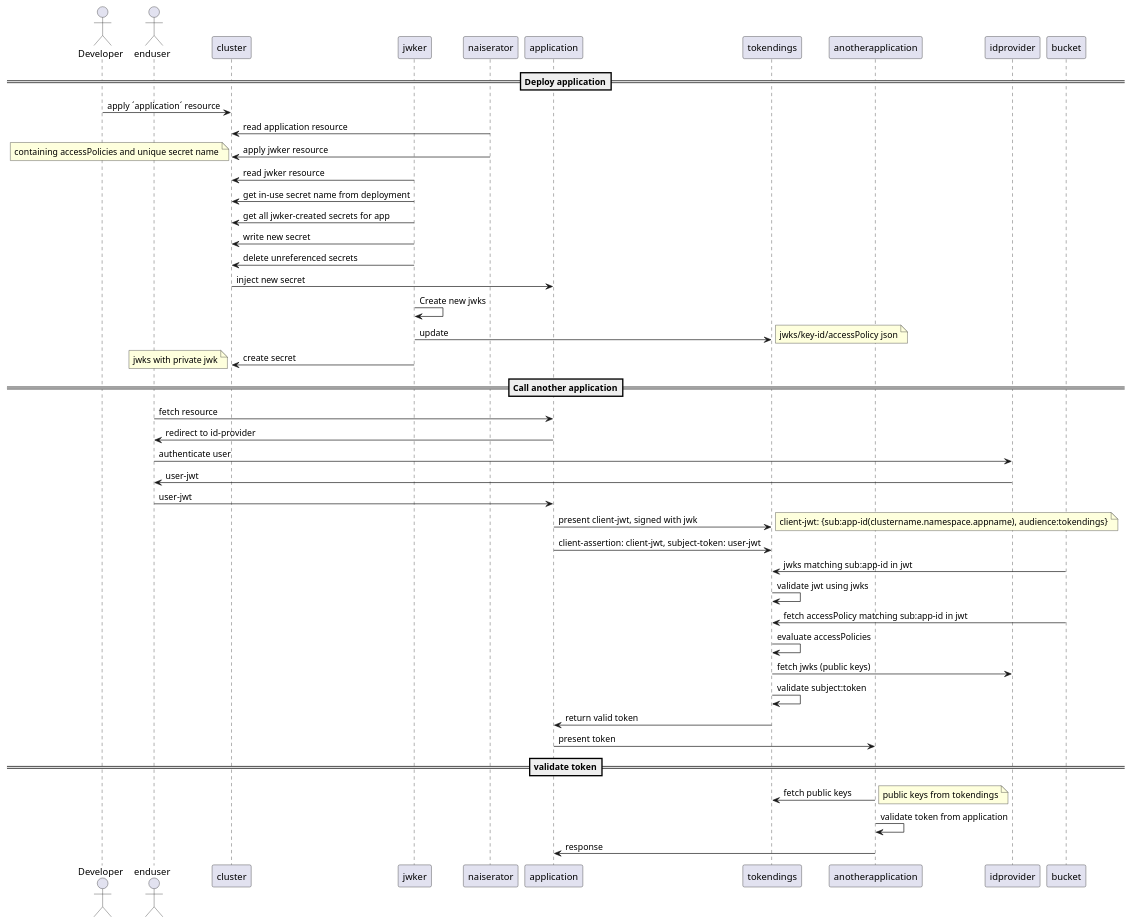
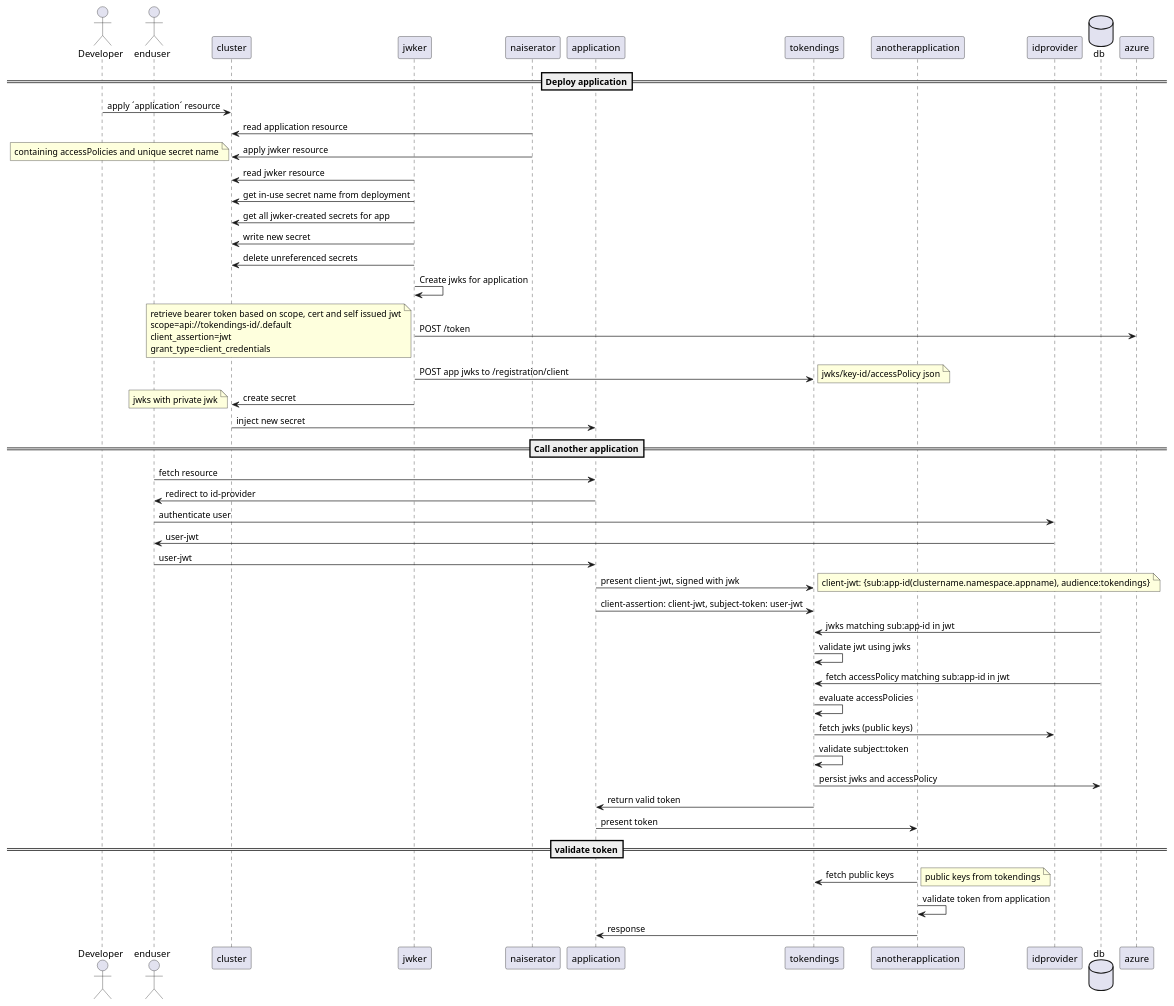
One commit to nais/jwker changed the diagram in doc/sequence.puml. Above: the diagram before and after it, drawn with PlantUML.

Commit message:
new sequence diagram

```diff
--- a/doc/sequence.puml
+++ b/doc/sequence.puml
@@ -1,54 +1,58 @@
 @startuml component
 
 actor developer as "Developer"
 actor enduser as enduser
 participant cluster as "cluster"
 participant jwker as "jwker"
 participant naiserator as "naiserator"
 participant application as "application"
 participant tokendings as "tokendings"
 participant anotherapplication as "anotherapplication"
 participant idprovider as "idprovider"
+database db
 
 ==Deploy application==
 developer -> cluster: apply ´application´ resource
 cluster <- naiserator: read application resource
 cluster <- naiserator: apply jwker resource
 note left: containing accessPolicies and unique secret name
 jwker -> cluster: read jwker resource
 jwker -> cluster: get in-use secret name from deployment
 jwker -> cluster: get all jwker-created secrets for app
 jwker -> cluster: write new secret
 jwker -> cluster: delete unreferenced secrets
-cluster -> application: inject new secret
-jwker -> jwker: Create new jwks
-jwker -> tokendings: update
+jwker -> jwker: Create jwks for application
+jwker ->azure: POST /token
+note left: retrieve bearer token based on scope, cert and self issued jwt\nscope=api://tokendings-id/.default\nclient_assertion=jwt\ngrant_type=client_credentials
+jwker -> tokendings: POST app jwks to /registration/client
 note right: jwks/key-id/accessPolicy json
 jwker -> cluster: create secret
 note left: jwks with private jwk
+cluster -> application: inject new secret
 
 ==Call another application==
 enduser -> application: fetch resource
 application -> enduser: redirect to id-provider
 enduser -> idprovider: authenticate user
 idprovider -> enduser: user-jwt
 enduser -> application: user-jwt
 application -> tokendings: present client-jwt, signed with jwk
 note right: client-jwt: {sub:app-id(clustername.namespace.appname), audience:tokendings}
 application -> tokendings: client-assertion: client-jwt, subject-token: user-jwt
-tokendings <- bucket: jwks matching sub:app-id in jwt
+tokendings <- db: jwks matching sub:app-id in jwt
 tokendings -> tokendings: validate jwt using jwks
-tokendings <- bucket: fetch accessPolicy matching sub:app-id in jwt
+tokendings <- db: fetch accessPolicy matching sub:app-id in jwt
 tokendings -> tokendings: evaluate accessPolicies
 tokendings -> idprovider: fetch jwks (public keys)
 tokendings -> tokendings: validate subject:token
+tokendings -> db: persist jwks and accessPolicy
 tokendings -> application: return valid token
 application -> anotherapplication: present token
 
 ==validate token==
 anotherapplication -> tokendings: fetch public keys
 note right: public keys from tokendings
 anotherapplication -> anotherapplication: validate token from application
 anotherapplication -> application: response
 
 @enduml
```
